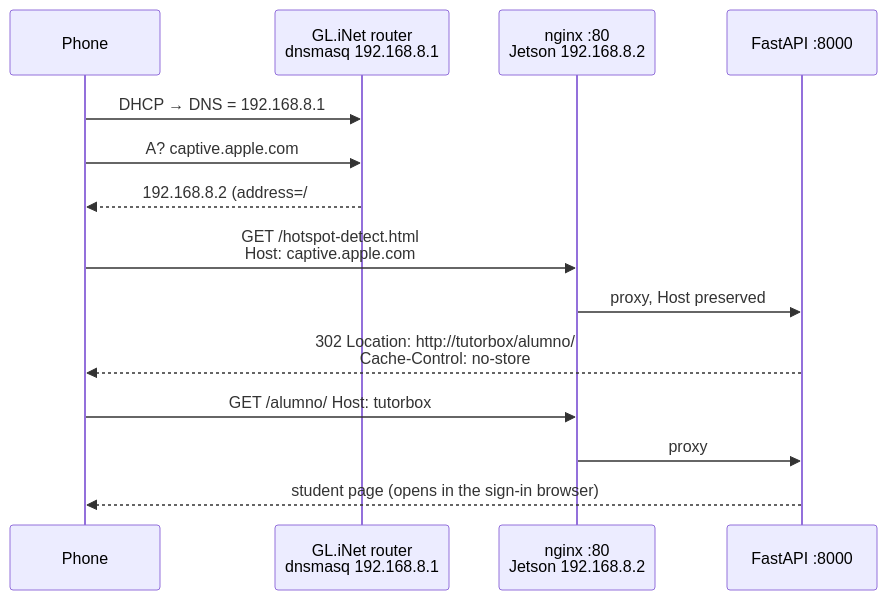
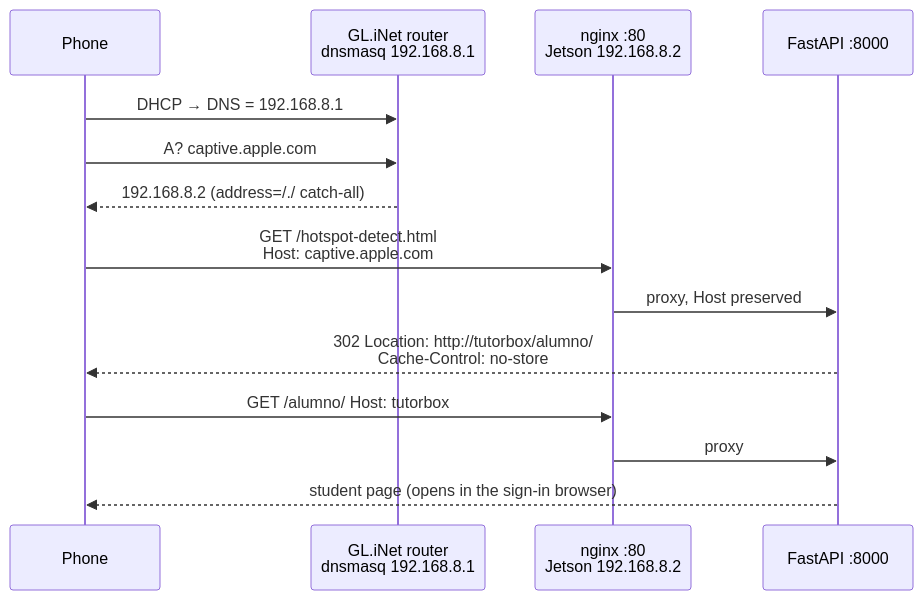
One commit to GabGP/TutorBox changed the diagram in infra/captive-portal.md. Above: the diagram before and after it, drawn with Mermaid. The commit also changed other lines of this file and 60 other files, not shown here.

````diff
--- a/infra/captive-portal.md
+++ b/infra/captive-portal.md
@@ -55,16 +55,16 @@
 ```mermaid
 sequenceDiagram
     participant P as Phone
     participant R as GL.iNet router<br/>dnsmasq 192.168.8.1
     participant N as nginx :80<br/>Jetson 192.168.8.2
     participant B as FastAPI :8000
     P->>R: DHCP → DNS = 192.168.8.1
     P->>R: A? captive.apple.com
-    R-->>P: 192.168.8.2 (address=/#/ catch-all)
+    R-->>P: 192.168.8.2 (address=/./ catch-all)
     P->>N: GET /hotspot-detect.html<br/>Host: captive.apple.com
     N->>B: proxy, Host preserved
     B-->>P: 302 Location: http://tutorbox/alumno/<br/>Cache-Control: no-store
     P->>N: GET /alumno/  Host: tutorbox
     N->>B: proxy
     B-->>P: student page (opens in the sign-in browser)
 ```
````
